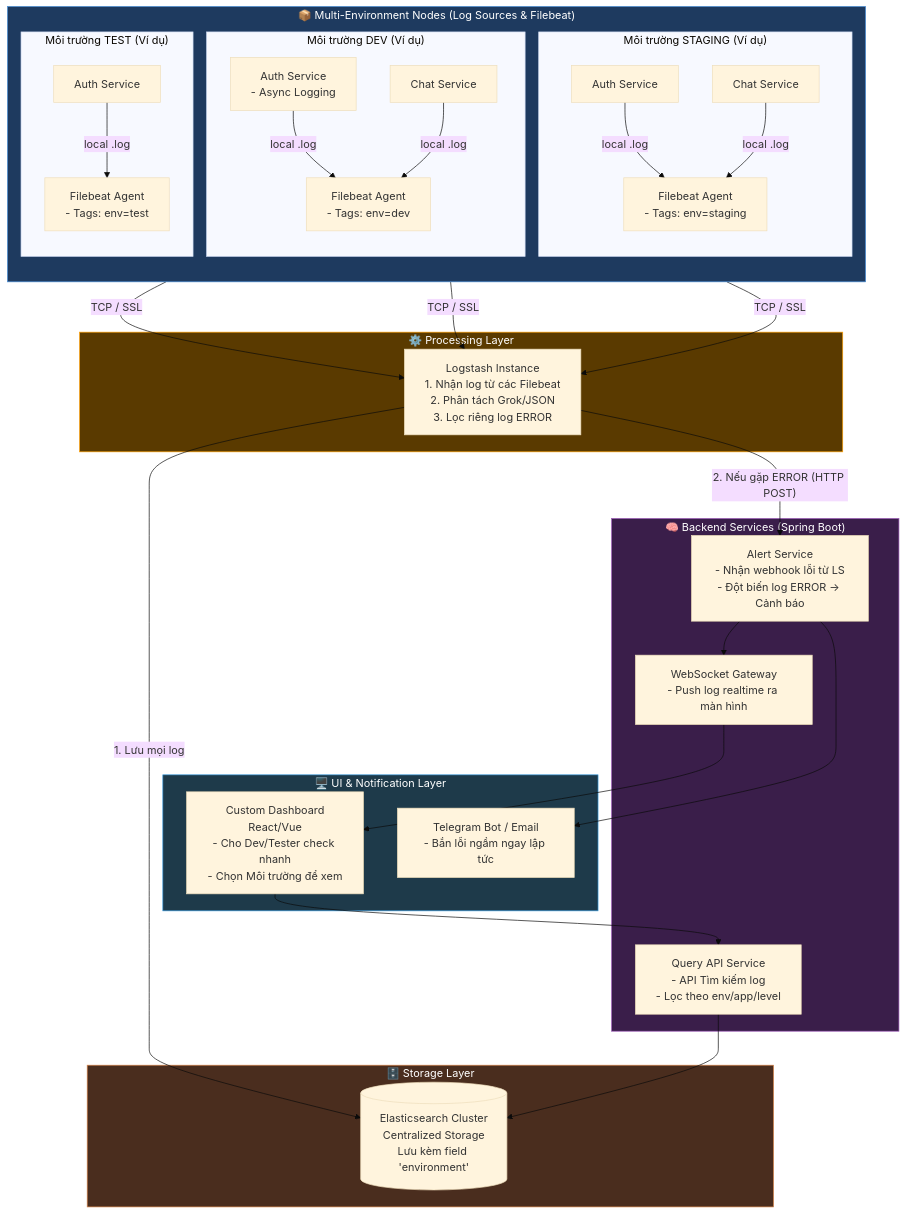
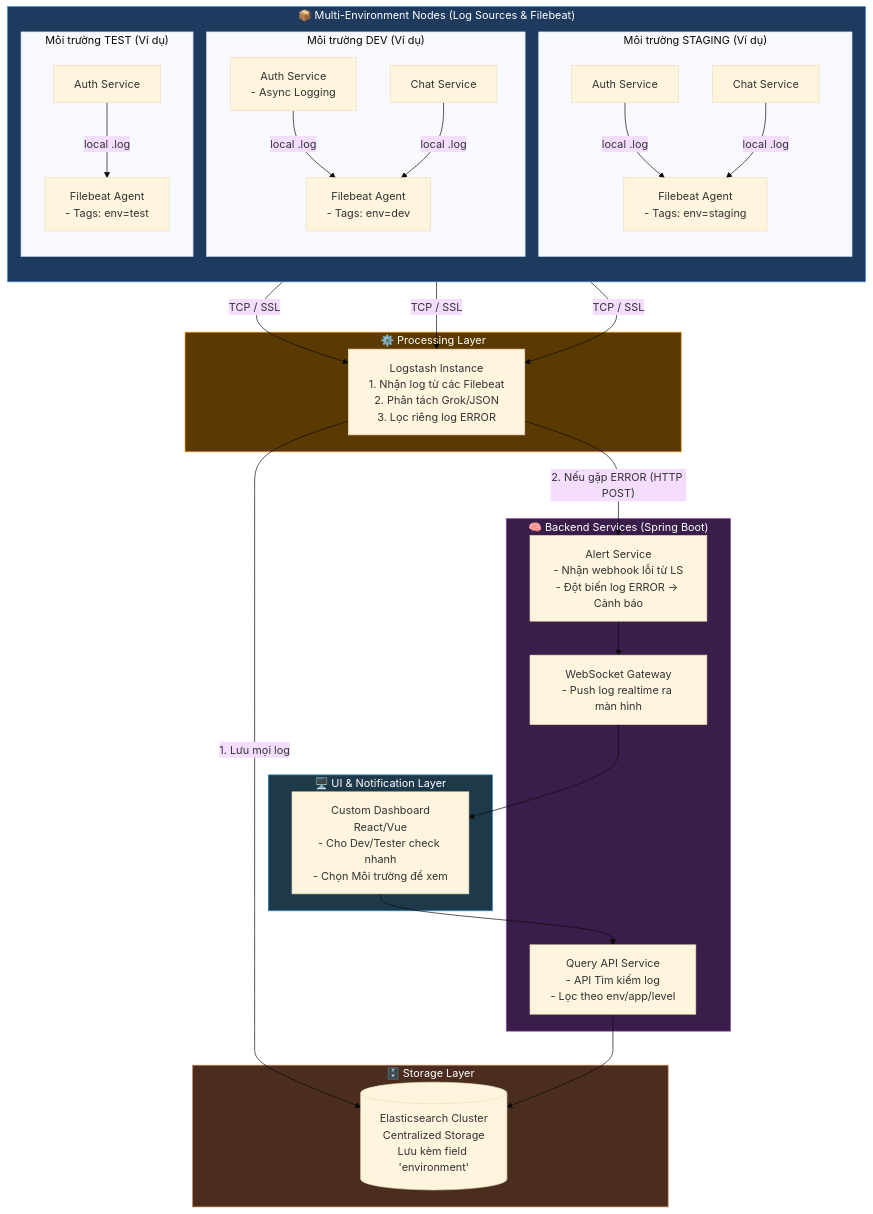
The diagram in docs/architecure.md (NgnTienDat/VDT-Centralized-Log-Management), drawn with Mermaid (base theme) before and after one commit. The commit also changed 19 other files, not shown here.

```diff
--- a/docs/architecure.md
+++ b/docs/architecure.md
@@ -5,7 +5,7 @@
     %% LOG PRODUCERS & AGENTS (MULTI-ENV)
     %% =========================
     subgraph SOURCES["📦 Multi-Environment Nodes (Log Sources & Filebeat)"]
-        direction TB
+        direction TB 
          
         subgraph ENV_DEV["Môi trường DEV (Ví dụ)"]
             A1[Auth Service\n- Async Logging] -->|local .log| FB1[Filebeat Agent\n- Tags: env=dev]
@@ -52,7 +52,6 @@
     %% =========================
     subgraph FRONTEND_LAYER["🖥️ UI & Notification Layer"]
         REACT[Custom Dashboard\nReact/Vue\n- Cho Dev/Tester check nhanh\n- Chọn Môi trường để xem]
-        TG[Telegram Bot / Email\n- Bắn lỗi ngầm ngay lập tức]
     end
 
     %% =========================
@@ -73,7 +72,6 @@
     REACT --> QUERY
     
     %% Luồng Cảnh báo
-    ALERT --> TG
     ALERT --> WS
     WS --> REACT
 
```
